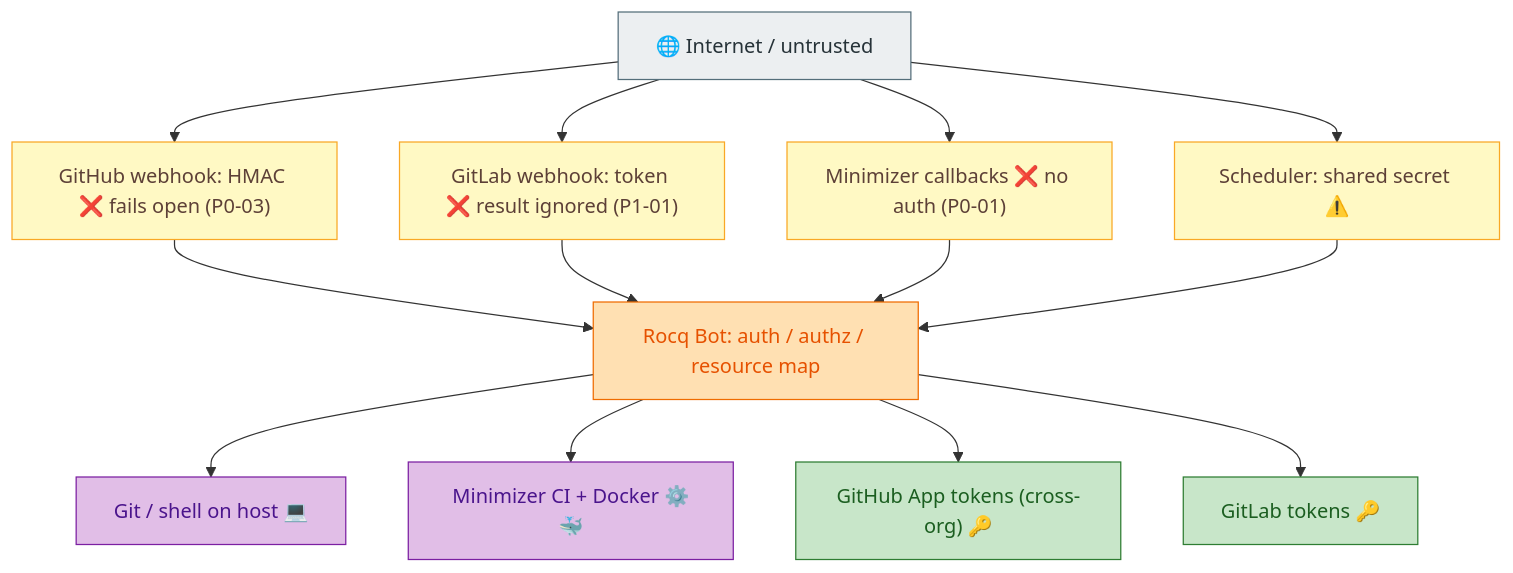
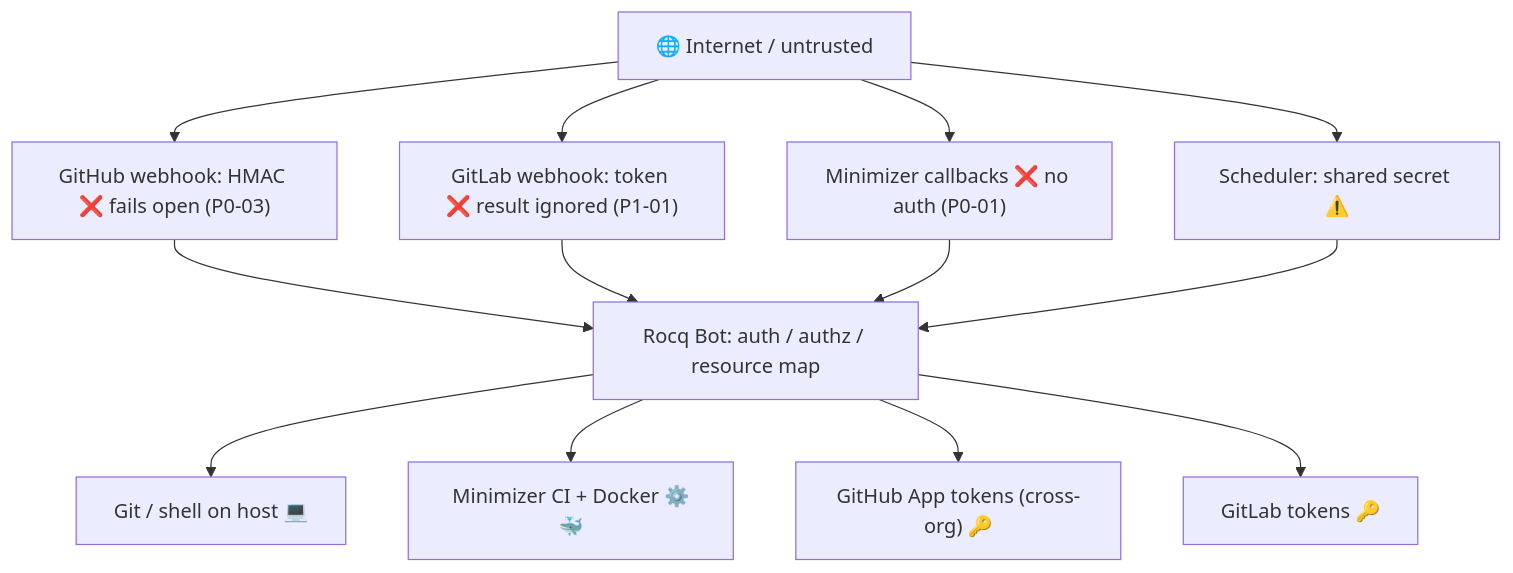
One commit to rocq-prover/bot changed the first of 3 diagrams in docs/security.md. Above: the diagram before and after it, drawn with Mermaid. The commit also changed other lines of this file, not shown here.

````diff
--- a/docs/security.md
+++ b/docs/security.md
@@ -178,37 +54,25 @@
 ```mermaid
 flowchart TB
     net["🌐 Internet / untrusted"]
 
     gh["GitHub webhook: HMAC ❌ fails open (P0-03)"]
     gl["GitLab webhook: token ❌ result ignored (P1-01)"]
     mz["Minimizer callbacks ❌ no auth (P0-01)"]
     sc["Scheduler: shared secret ⚠️"]
 
     bot["Rocq Bot: auth / authz / resource map"]
 
     shell["Git / shell on host 💻"]
     ci["Minimizer CI + Docker ⚙️🐳"]
     ghapi["GitHub App tokens (cross-org) 🔑"]
     glapi["GitLab tokens 🔑"]
 
     net --> gh --> bot
     net --> gl --> bot
     net --> mz --> bot
     net --> sc --> bot
     bot --> shell
     bot --> ci
     bot --> ghapi
     bot --> glapi
-
-    classDef start fill:#eceff1,stroke:#546e7a,color:#263238
-    classDef question fill:#fff9c4,stroke:#f9a825,color:#5d4037
-    classDef transport fill:#ffe0b2,stroke:#ef6c00,color:#e65100
-    classDef shared fill:#e1bee7,stroke:#7b1fa2,color:#4a148c
-    classDef domain fill:#c8e6c9,stroke:#2e7d32,color:#1b5e20
-
-    class net start
-    class gh,gl,mz,sc question
-    class bot transport
-    class shell,ci shared
-    class ghapi,glapi domain
 ```
````
